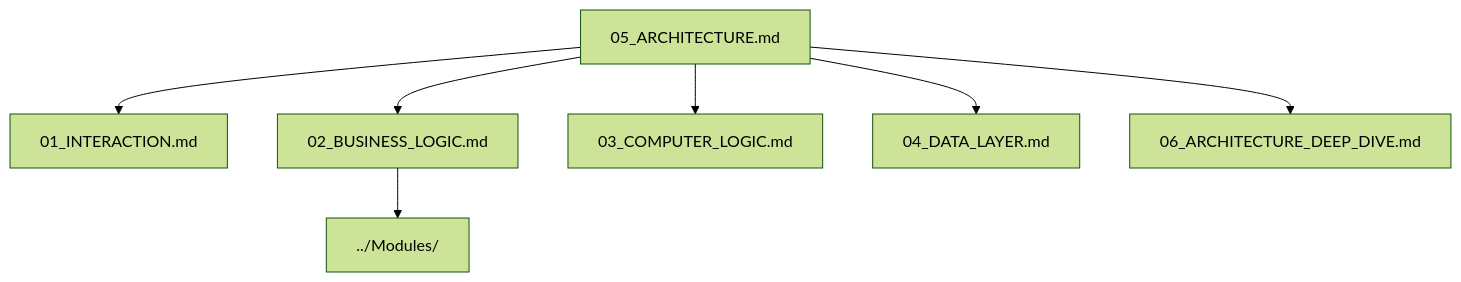
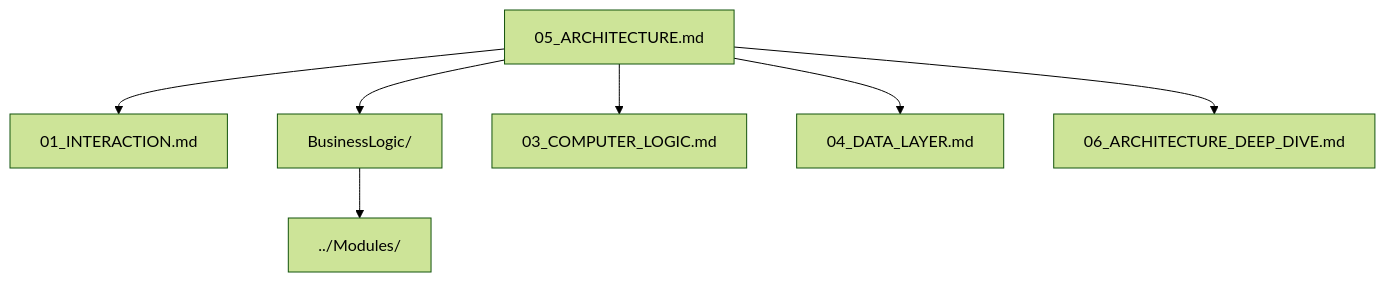
One commit to waynewangyuxuan/Inxtone changed the diagram in Meta/Architecture/Meta.md. Above: the diagram before and after it, drawn with Mermaid (forest theme). The commit also changed other lines of this file and 27 other files, not shown here.

First line of the commit message:
docs: split BusinessLogic and fix Meta/docs consistency

````diff
--- a/Meta/Architecture/Meta.md
+++ b/Meta/Architecture/Meta.md
@@ -32,9 +32,9 @@
 ```mermaid
 graph TD
     A[05_ARCHITECTURE.md] --> B[01_INTERACTION.md]
-    A --> C[02_BUSINESS_LOGIC.md]
+    A --> C[BusinessLogic/]
     A --> D[03_COMPUTER_LOGIC.md]
     A --> E[04_DATA_LAYER.md]
     A --> F[06_ARCHITECTURE_DEEP_DIVE.md]
     C --> G[../Modules/]
 ```
````
